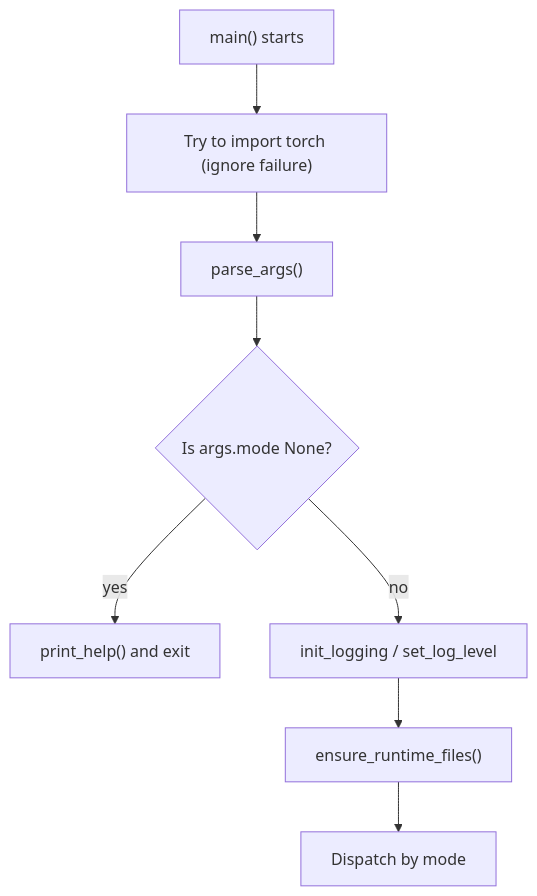
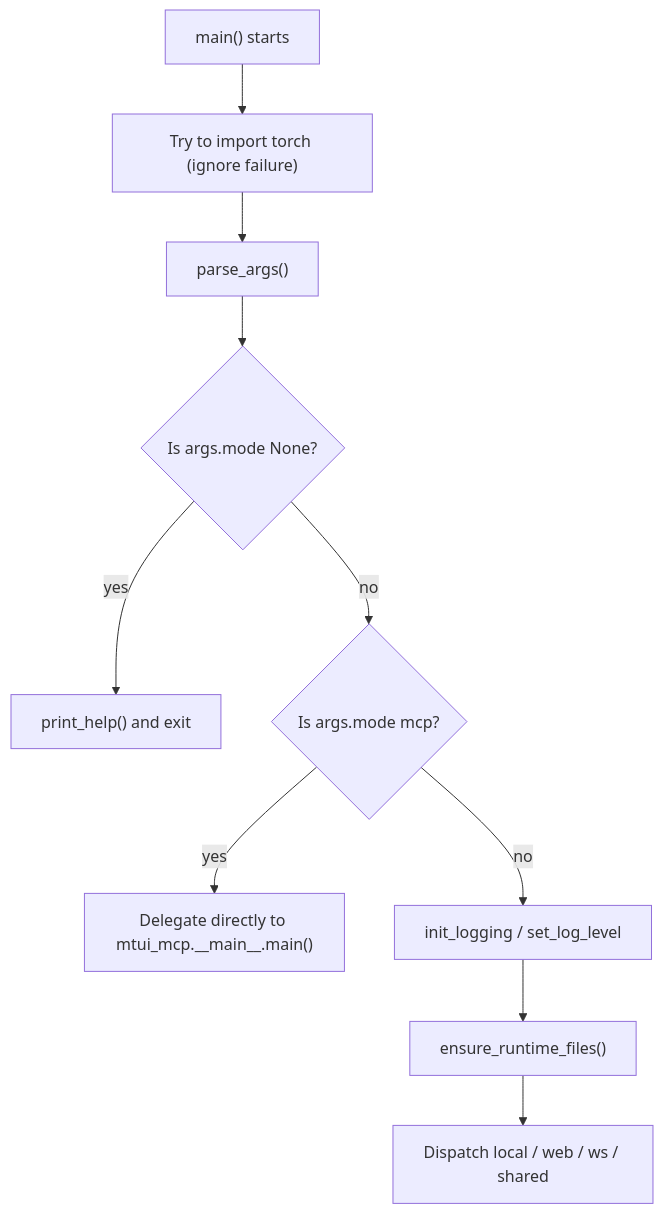
Before and after one commit to hgmzhn/manga-translator-ui: the second of 2 diagrams in doc/wiki/en/cli/command-structure.md, drawn with Mermaid. The commit also changed other lines of this file and 80 other files, not shown here.

First line of the commit message:
feat(mcp): integrate MTUI-MCP server with desktop auto-start and live GUI bridge

````diff
--- a/doc/wiki/en/cli/command-structure.md
+++ b/doc/wiki/en/cli/command-structure.md
@@ -86,10 +90,12 @@
 ```mermaid
 flowchart TD
     S["main() starts"] --> T["Try to import torch (ignore failure)"]
     T --> U["parse_args()"]
     U --> V{"Is args.mode None?"}
     V -->|"yes"| W["print_help() and exit"]
-    V -->|"no"| X["init_logging / set_log_level"]
+    V -->|"no"| M{"Is args.mode mcp?"}
+    M -->|"yes"| M1["Delegate directly to mtui_mcp.__main__.main()"]
+    M -->|"no"| X["init_logging / set_log_level"]
     X --> Y["ensure_runtime_files()"]
-    Y --> Z["Dispatch by mode"]
+    Y --> Z["Dispatch local / web / ws / shared"]
 ```
````
